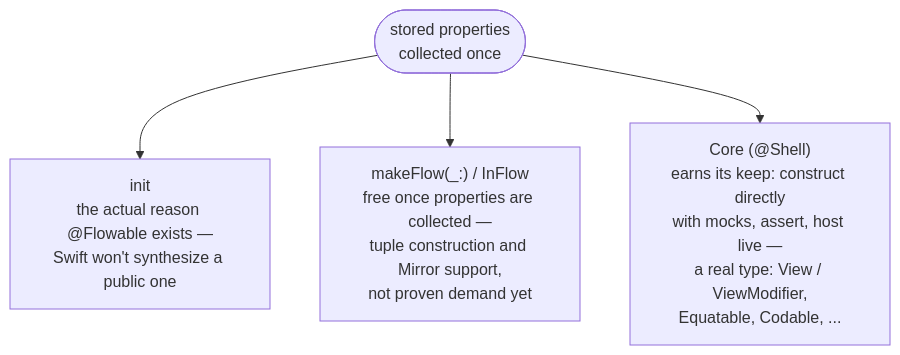
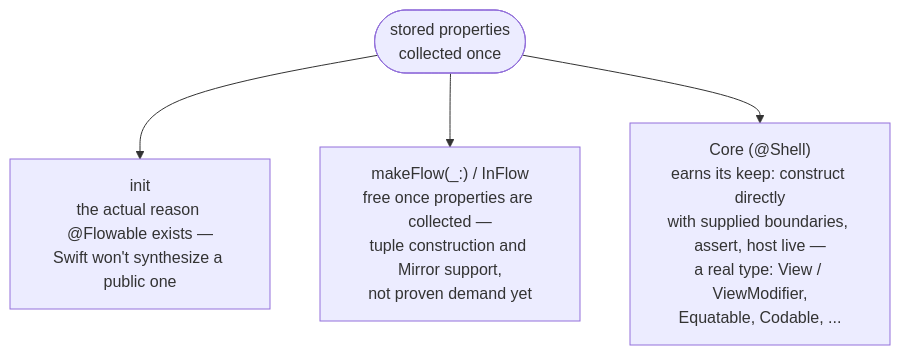
One commit to sisoje/swift-core-flow changed the third of 3 diagrams in README.md. Above: the diagram before and after it, drawn with Mermaid. The commit also changed other lines of this file and 1 other file, not shown here.

````diff
--- a/README.md
+++ b/README.md
@@ -892,7 +892,7 @@
 ```mermaid
 flowchart TD
     props(["stored properties<br/>collected once"])
     props --> init["init<br/>the actual reason @Flowable exists —<br/>Swift won't synthesize a public one"]
     props --> flow["makeFlow(_:) / InFlow<br/>free once properties are collected —<br/>tuple construction and Mirror support,<br/>not proven demand yet"]
-    props --> node["Core (@Shell)<br/>earns its keep: construct directly<br/>with mocks, assert, host live —<br/>a real type: View / ViewModifier,<br/>Equatable, Codable, ..."]
+    props --> node["Core (@Shell)<br/>earns its keep: construct directly<br/>with supplied boundaries, assert, host live —<br/>a real type: View / ViewModifier,<br/>Equatable, Codable, ..."]
 ```
````
